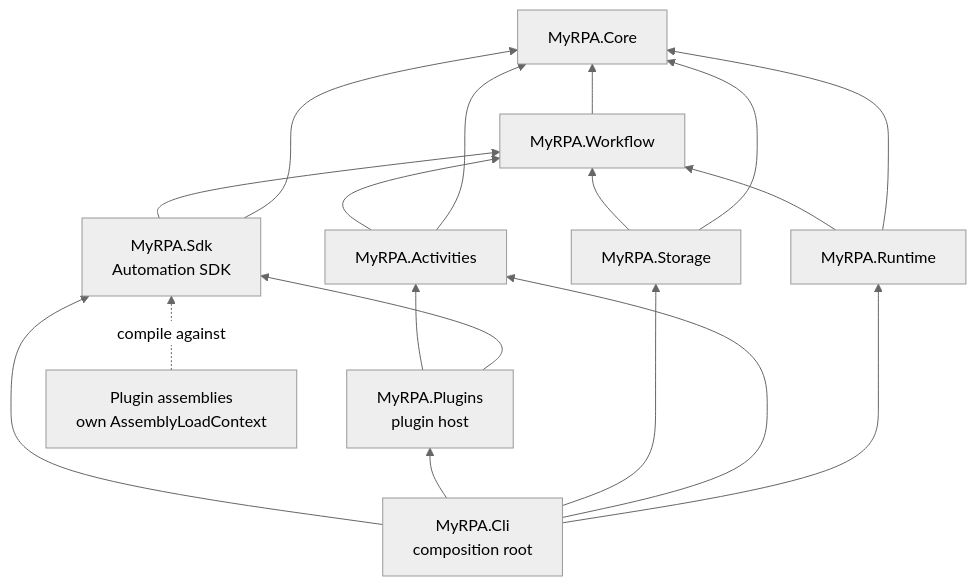
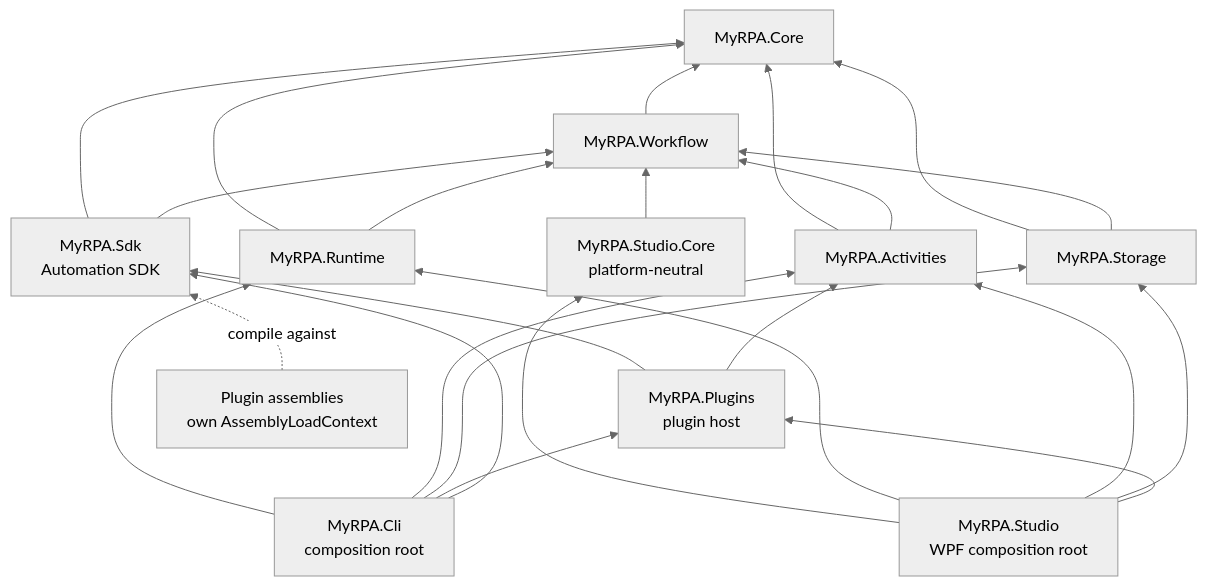
One commit to Ichwankurniawan/MY-RPA changed the diagram in docs/architecture/overview.md. Above: the diagram before and after it, drawn with Mermaid (neutral theme). The commit also changed other lines of this file and 72 other files, not shown here.

````diff
--- a/docs/architecture/overview.md
+++ b/docs/architecture/overview.md
@@ -64,21 +72,27 @@
 ```mermaid
 graph BT
     Core[MyRPA.Core]
     Workflow[MyRPA.Workflow] --> Core
     Activities[MyRPA.Activities] --> Core
     Activities --> Workflow
     Runtime[MyRPA.Runtime] --> Core
     Runtime --> Workflow
     Storage[MyRPA.Storage] --> Core
     Storage --> Workflow
     Sdk[MyRPA.Sdk<br/>Automation SDK] --> Core
     Sdk --> Workflow
     Plugins[MyRPA.Plugins<br/>plugin host] --> Sdk
     Plugins --> Activities
     Cli[MyRPA.Cli<br/>composition root] --> Runtime
     Cli --> Activities
     Cli --> Storage
     Cli --> Plugins
     Cli --> Sdk
+    StudioCore[MyRPA.Studio.Core<br/>platform-neutral] --> Workflow
+    Studio[MyRPA.Studio<br/>WPF composition root] --> StudioCore
+    Studio --> Runtime
+    Studio --> Activities
+    Studio --> Storage
+    Studio --> Plugins
     PluginAsm[Plugin assemblies<br/>own AssemblyLoadContext] -.->|compile against| Sdk
 ```
````
